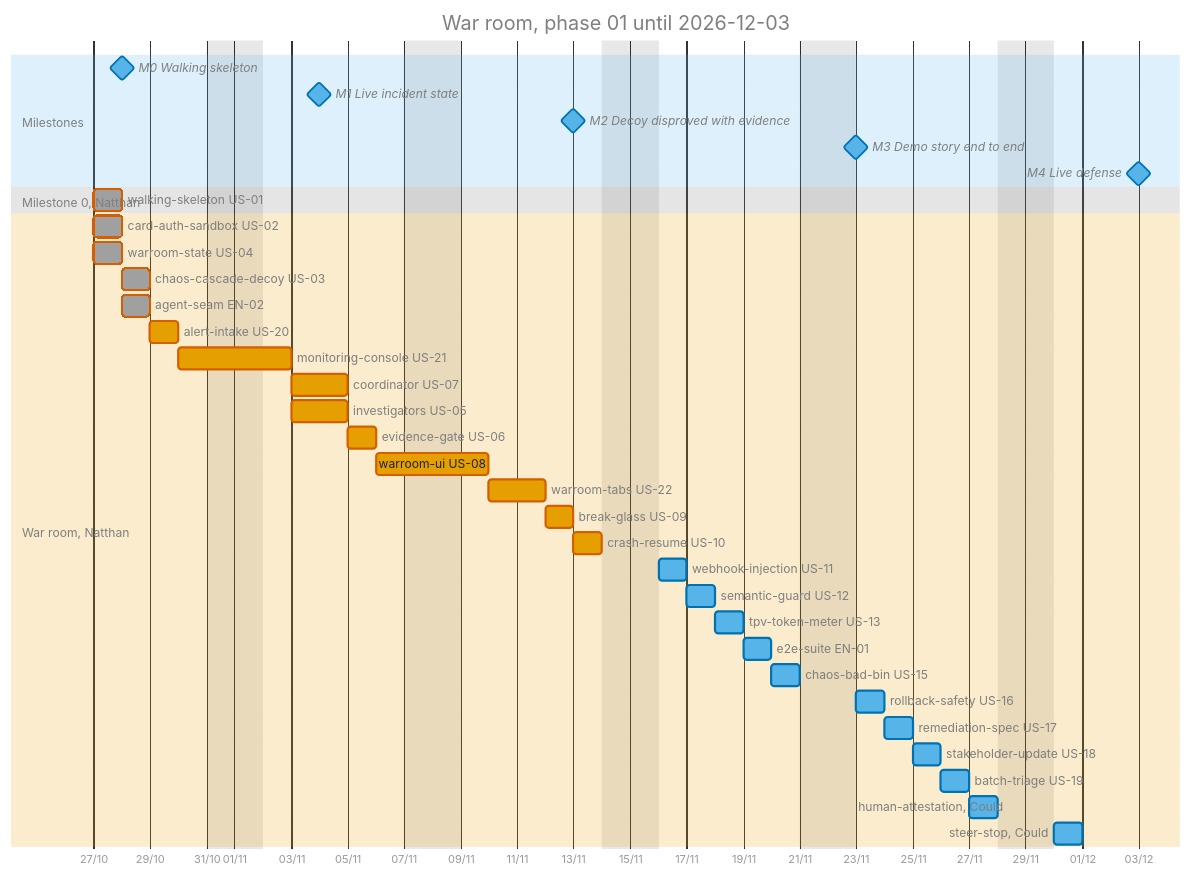
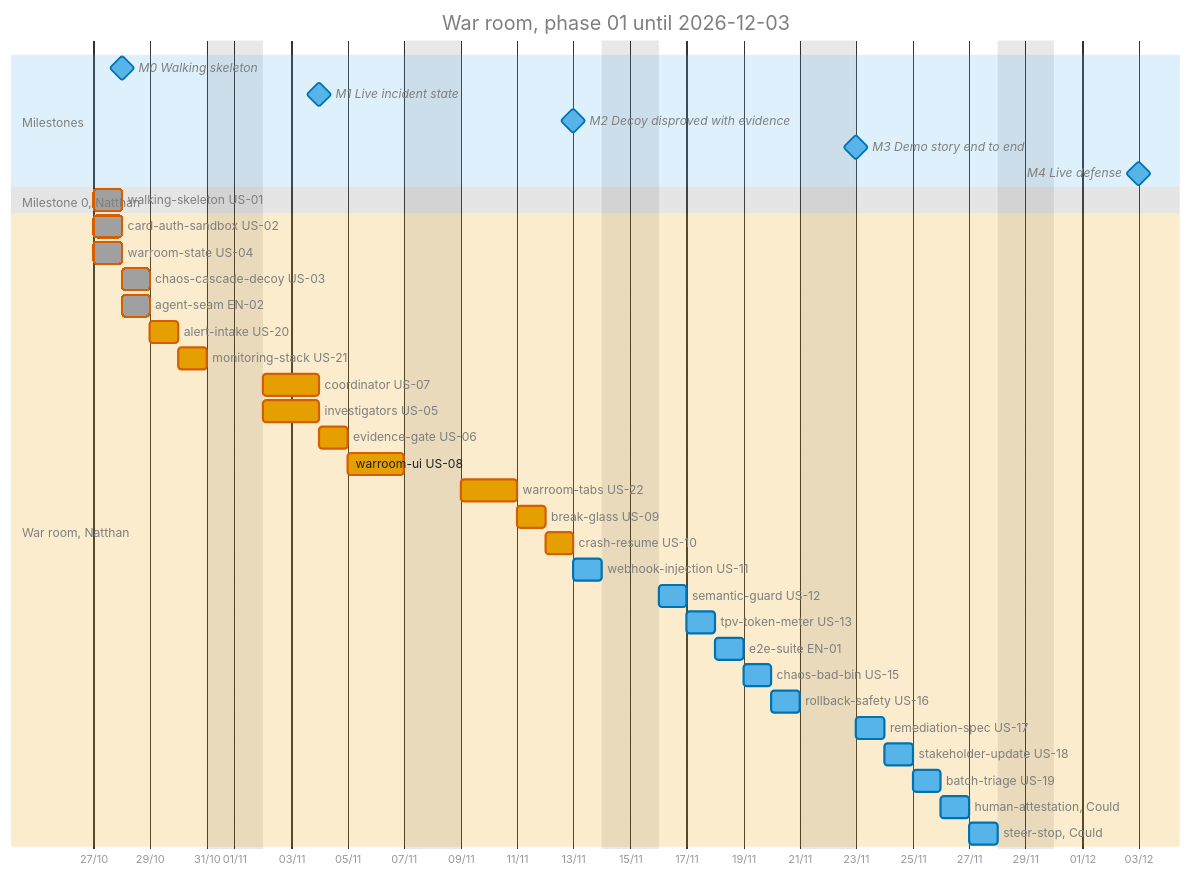
The diagram in docs/roadmap/ROADMAP.md (NatthanElias/aegis-war-room), drawn with Mermaid before and after one commit. The commit also changed other lines of this file and 5 other files, not shown here.

First line of the commit message:
docs(roadmap): switch monitoring to Grafana and Prometheus

````diff
--- a/docs/roadmap/ROADMAP.md
+++ b/docs/roadmap/ROADMAP.md
@@ -25,58 +25,58 @@
 ```mermaid
 %%{init: {
   "theme": "base",
   "themeVariables": {
     "textColor": "#7f7f7f", "titleColor": "#7f7f7f", "taskTextOutsideColor": "#7f7f7f",
     "taskTextColor": "#1f2328", "taskTextLightColor": "#1f2328", "taskTextDarkColor": "#1f2328", "taskTextClickableColor": "#1f2328",
     "taskBkgColor": "#56B4E9", "taskBorderColor": "#0072B2",
     "critBkgColor": "#E69F00", "critBorderColor": "#D55E00",
     "doneTaskBkgColor": "#A0A0A0", "doneTaskBorderColor": "#6E6E6E",
     "activeTaskBkgColor": "#009E73", "activeTaskBorderColor": "#006B4F",
     "todayLineColor": "#D55E00",
     "sectionBkgColor": "#56B4E9", "sectionBkgColor2": "#E69F00", "altSectionBkgColor": "#7f7f7f",
     "excludeBkgColor": "rgba(127, 127, 127, 0.18)", "gridColor": "#7f7f7f"
   },
   "themeCSS": ".grid .tick line{stroke:#7f7f7f;opacity:0.4} text.taskTextOutsideRight,text.taskTextOutsideLeft{fill:#7f7f7f !important} text.taskText{paint-order:stroke;stroke:#56B4E9;stroke-width:4px;stroke-linejoin:round} text.taskText[class*=critText]{stroke:#E69F00} text.taskText[class*=doneText]{stroke:#A0A0A0} text.taskText[class*=activeText]{stroke:#009E73}"
 }}%%
 gantt
     title War room, phase 01 until 2026-12-03
     dateFormat YYYY-MM-DD
     axisFormat %d/%m
     excludes weekends
 
     section Milestones
     M0 Walking skeleton                :milestone, m0, 2026-10-28, 0d
     M1 Live incident state             :milestone, m1, 2026-11-04, 0d
     M2 Decoy disproved with evidence   :milestone, m2, 2026-11-13, 0d
     M3 Demo story end to end           :milestone, m3, 2026-11-23, 0d
     M4 Live defense                    :milestone, m4, 2026-12-03, 0d
 
     section Milestone 0, Natthan
     walking-skeleton US-01             :done, crit, skel, 2026-10-27, 1d
 
     section War room, Natthan
     card-auth-sandbox US-02            :done, crit, sbx, 2026-10-27, 1d
     warroom-state US-04                :done, crit, state, 2026-10-27, 1d
     chaos-cascade-decoy US-03          :done, crit, decoy, 2026-10-28, 1d
     agent-seam EN-02                   :done, crit, seam, 2026-10-28, 1d
     alert-intake US-20                 :crit, intake, 2026-10-29, 1d
-    monitoring-console US-21           :crit, mon, after intake, 2d
+    monitoring-stack US-21             :crit, mon, after intake, 1d
     coordinator US-07                  :crit, coord, after mon, 2d
     investigators US-05                :crit, inv, after mon, 2d
     evidence-gate US-06                :crit, gate, after coord inv, 1d
     warroom-ui US-08                   :crit, ui, after gate, 2d
     warroom-tabs US-22                 :crit, tabs, after ui, 2d
     break-glass US-09                  :crit, bg, after tabs, 1d
     crash-resume US-10                 :crit, crash, after bg, 1d
     webhook-injection US-11            :wh, after crash, 1d
     semantic-guard US-12               :guard, after wh, 1d
     tpv-token-meter US-13              :tpv, after guard, 1d
     e2e-suite EN-01                    :e2e, after tpv, 1d
     chaos-bad-bin US-15                :bin, after e2e, 1d
     rollback-safety US-16              :rbs, after bin, 1d
     remediation-spec US-17             :spec, after rbs, 1d
     stakeholder-update US-18           :upd, after spec, 1d
     batch-triage US-19                 :triage, after upd, 1d
     human-attestation, Could           :att, after triage, 1d
     steer-stop, Could                  :steer, after att, 1d
 ```
````
